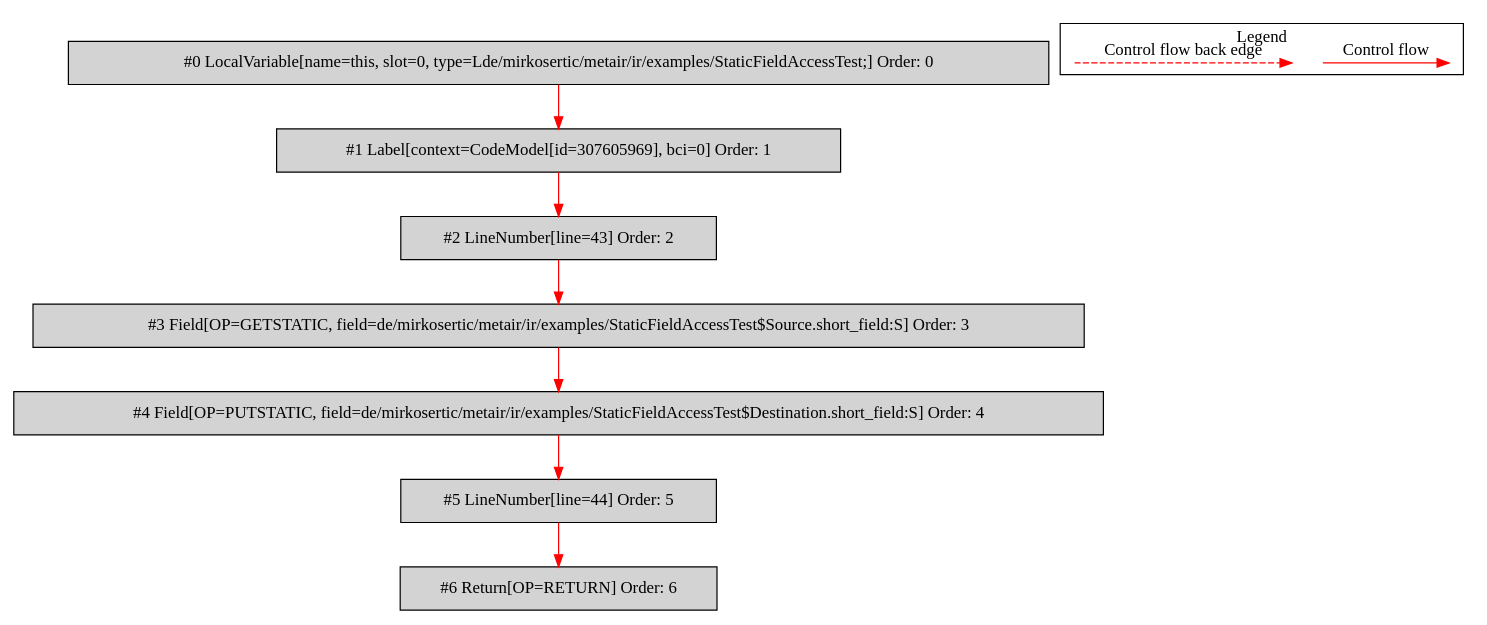
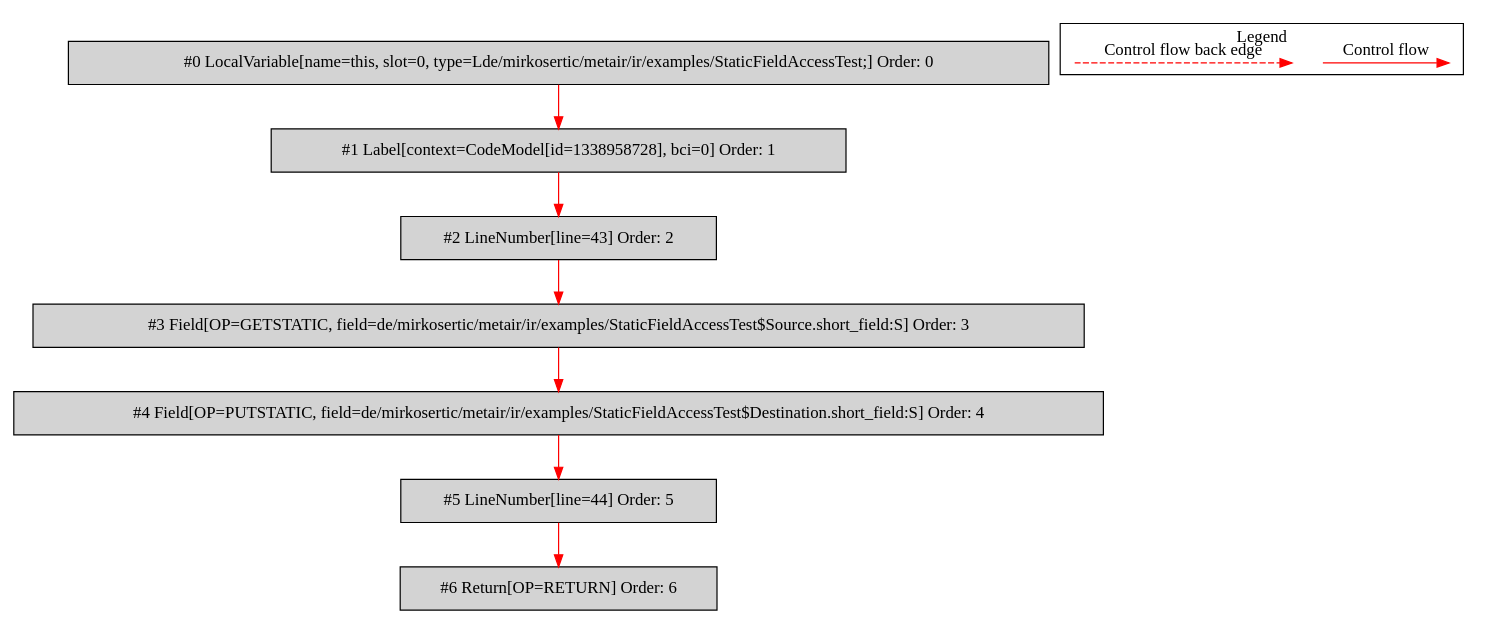
One commit to mirkosertic/MetaIR changed the diagram in de.mirkosertic.metair.ir.examples.StaticFieldAccessTest/copy_short/bytecodecfg.dot. Above: the diagram before and after it, drawn with Graphviz. The commit also changed 1410 other files, not shown here.

```diff
--- a/de.mirkosertic.metair.ir.examples.StaticFieldAccessTest/copy_short/bytecodecfg.dot
+++ b/de.mirkosertic.metair.ir.examples.StaticFieldAccessTest/copy_short/bytecodecfg.dot
@@ -1,29 +1,29 @@
 digraph {
  node0[label="#0 LocalVariable[name=this, slot=0, type=Lde/mirkosertic/metair/ir/examples/StaticFieldAccessTest;] Order: 0", shape=box, fillcolor=lightgrey, style=filled];
- node1[label="#1 Label[context=CodeModel[id=307605969], bci=0] Order: 1", shape=box, fillcolor=lightgrey, style=filled];
+ node1[label="#1 Label[context=CodeModel[id=1338958728], bci=0] Order: 1", shape=box, fillcolor=lightgrey, style=filled];
  node2[label="#2 LineNumber[line=43] Order: 2", shape=box, fillcolor=lightgrey, style=filled];
  node3[label="#3 Field[OP=GETSTATIC, field=de/mirkosertic/metair/ir/examples/StaticFieldAccessTest$Source.short_field:S] Order: 3", shape=box, fillcolor=lightgrey, style=filled];
  node4[label="#4 Field[OP=PUTSTATIC, field=de/mirkosertic/metair/ir/examples/StaticFieldAccessTest$Destination.short_field:S] Order: 4", shape=box, fillcolor=lightgrey, style=filled];
  node5[label="#5 LineNumber[line=44] Order: 5", shape=box, fillcolor=lightgrey, style=filled];
  node6[label="#6 Return[OP=RETURN] Order: 6", shape=box, fillcolor=lightgrey, style=filled];
  node0 -> node1[color=red];
  node1 -> node2[color=red];
  node2 -> node3[color=red];
  node3 -> node4[color=red];
  node4 -> node5[color=red];
  node5 -> node6[color=red];
  subgraph cluster_000 {
   label = "Legend";
   node [shape=point]
   {
    rank=same;
    c0 [style = invis];
    c1 [style = invis];
    c2 [style = invis];
    c3 [style = invis];
   }
   c0 -> c1 [label="Control flow", style=solid, color=red]
   c2 -> c3 [label="Control flow back edge", style=dashed, color=red]
  }
 
 }
```
